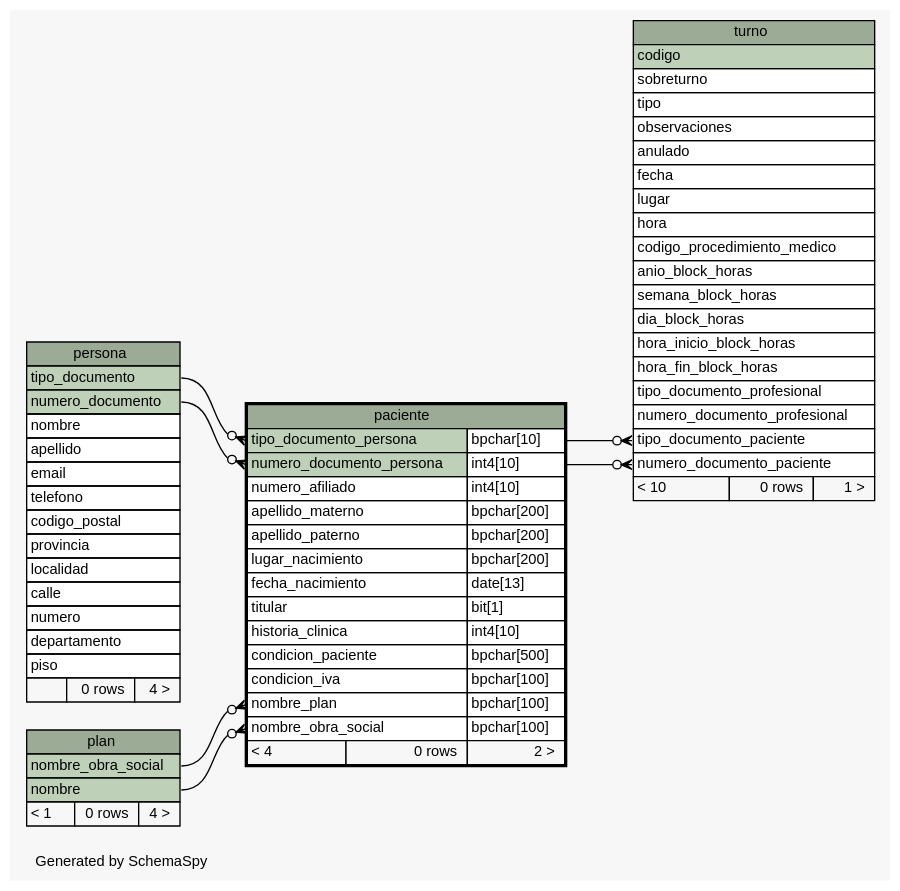
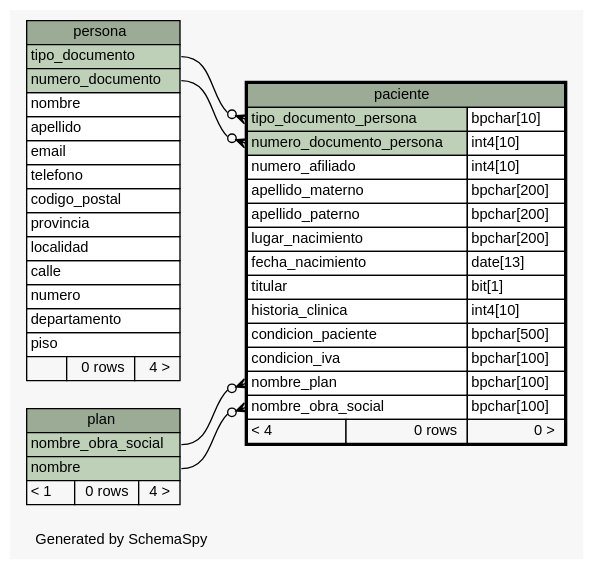
One commit to smpiano/bd-1cuat-2014-agenda-med changed the diagram in tp1/build/schema/diagrams/paciente.1degree.dot. Above: the diagram before and after it, drawn with Graphviz. The commit also changed 138 other files, not shown here.

```diff
--- a/tp1/build/schema/diagrams/paciente.1degree.dot
+++ b/tp1/build/schema/diagrams/paciente.1degree.dot
@@ -1,110 +1,81 @@
 // dot 2.26.3 on Linux 3.8.0-35-generic
 // SchemaSpy rev 590
 digraph "oneDegreeRelationshipsDiagram" {
   graph [
     rankdir="RL"
     bgcolor="#f7f7f7"
     label="\nGenerated by SchemaSpy"
     labeljust="l"
     nodesep="0.18"
     ranksep="0.46"
     fontname="Helvetica"
     fontsize="11"
   ];
   node [
     fontname="Helvetica"
     fontsize="11"
     shape="plaintext"
   ];
   edge [
     arrowsize="0.8"
   ];
   "paciente":"nombre_obra_social":w -> "plan":"nombre":e [arrowhead=none dir=back arrowtail=crowodot];
   "paciente":"nombre_plan":w -> "plan":"nombre_obra_social":e [arrowhead=none dir=back arrowtail=crowodot];
   "paciente":"numero_documento_persona":w -> "persona":"numero_documento":e [arrowhead=none dir=back arrowtail=crowodot];
   "paciente":"tipo_documento_persona":w -> "persona":"tipo_documento":e [arrowhead=none dir=back arrowtail=crowodot];
-  "turno":"numero_documento_paciente":w -> "paciente":"numero_documento_persona.type":e [arrowhead=none dir=back arrowtail=crowodot];
-  "turno":"tipo_documento_paciente":w -> "paciente":"tipo_documento_persona.type":e [arrowhead=none dir=back arrowtail=crowodot];
   "paciente" [
     label=<
     <TABLE BORDER="2" CELLBORDER="1" CELLSPACING="0" BGCOLOR="#ffffff">
       <TR><TD COLSPAN="3" BGCOLOR="#9bab96" ALIGN="CENTER">paciente</TD></TR>
       <TR><TD PORT="tipo_documento_persona" COLSPAN="2" BGCOLOR="#bed1b8" ALIGN="LEFT">tipo_documento_persona</TD><TD PORT="tipo_documento_persona.type" ALIGN="LEFT">bpchar[10]</TD></TR>
       <TR><TD PORT="numero_documento_persona" COLSPAN="2" BGCOLOR="#bed1b8" ALIGN="LEFT">numero_documento_persona</TD><TD PORT="numero_documento_persona.type" ALIGN="LEFT">int4[10]</TD></TR>
       <TR><TD PORT="numero_afiliado" COLSPAN="2" ALIGN="LEFT">numero_afiliado</TD><TD PORT="numero_afiliado.type" ALIGN="LEFT">int4[10]</TD></TR>
       <TR><TD PORT="apellido_materno" COLSPAN="2" ALIGN="LEFT">apellido_materno</TD><TD PORT="apellido_materno.type" ALIGN="LEFT">bpchar[200]</TD></TR>
       <TR><TD PORT="apellido_paterno" COLSPAN="2" ALIGN="LEFT">apellido_paterno</TD><TD PORT="apellido_paterno.type" ALIGN="LEFT">bpchar[200]</TD></TR>
       <TR><TD PORT="lugar_nacimiento" COLSPAN="2" ALIGN="LEFT">lugar_nacimiento</TD><TD PORT="lugar_nacimiento.type" ALIGN="LEFT">bpchar[200]</TD></TR>
       <TR><TD PORT="fecha_nacimiento" COLSPAN="2" ALIGN="LEFT">fecha_nacimiento</TD><TD PORT="fecha_nacimiento.type" ALIGN="LEFT">date[13]</TD></TR>
       <TR><TD PORT="titular" COLSPAN="2" ALIGN="LEFT">titular</TD><TD PORT="titular.type" ALIGN="LEFT">bit[1]</TD></TR>
       <TR><TD PORT="historia_clinica" COLSPAN="2" ALIGN="LEFT">historia_clinica</TD><TD PORT="historia_clinica.type" ALIGN="LEFT">int4[10]</TD></TR>
       <TR><TD PORT="condicion_paciente" COLSPAN="2" ALIGN="LEFT">condicion_paciente</TD><TD PORT="condicion_paciente.type" ALIGN="LEFT">bpchar[500]</TD></TR>
       <TR><TD PORT="condicion_iva" COLSPAN="2" ALIGN="LEFT">condicion_iva</TD><TD PORT="condicion_iva.type" ALIGN="LEFT">bpchar[100]</TD></TR>
       <TR><TD PORT="nombre_plan" COLSPAN="2" ALIGN="LEFT">nombre_plan</TD><TD PORT="nombre_plan.type" ALIGN="LEFT">bpchar[100]</TD></TR>
       <TR><TD PORT="nombre_obra_social" COLSPAN="2" ALIGN="LEFT">nombre_obra_social</TD><TD PORT="nombre_obra_social.type" ALIGN="LEFT">bpchar[100]</TD></TR>
-      <TR><TD ALIGN="LEFT" BGCOLOR="#f7f7f7">&lt; 4</TD><TD ALIGN="RIGHT" BGCOLOR="#f7f7f7">0 rows</TD><TD ALIGN="RIGHT" BGCOLOR="#f7f7f7">2 &gt;</TD></TR>
+      <TR><TD ALIGN="LEFT" BGCOLOR="#f7f7f7">&lt; 4</TD><TD ALIGN="RIGHT" BGCOLOR="#f7f7f7">0 rows</TD><TD ALIGN="RIGHT" BGCOLOR="#f7f7f7">0 &gt;</TD></TR>
     </TABLE>>
     URL="paciente.html"
     tooltip="paciente"
   ];
   "persona" [
     label=<
     <TABLE BORDER="0" CELLBORDER="1" CELLSPACING="0" BGCOLOR="#ffffff">
       <TR><TD COLSPAN="3" BGCOLOR="#9bab96" ALIGN="CENTER">persona</TD></TR>
       <TR><TD PORT="tipo_documento" COLSPAN="3" BGCOLOR="#bed1b8" ALIGN="LEFT">tipo_documento</TD></TR>
       <TR><TD PORT="numero_documento" COLSPAN="3" BGCOLOR="#bed1b8" ALIGN="LEFT">numero_documento</TD></TR>
       <TR><TD PORT="nombre" COLSPAN="3" ALIGN="LEFT">nombre</TD></TR>
       <TR><TD PORT="apellido" COLSPAN="3" ALIGN="LEFT">apellido</TD></TR>
       <TR><TD PORT="email" COLSPAN="3" ALIGN="LEFT">email</TD></TR>
       <TR><TD PORT="telefono" COLSPAN="3" ALIGN="LEFT">telefono</TD></TR>
       <TR><TD PORT="codigo_postal" COLSPAN="3" ALIGN="LEFT">codigo_postal</TD></TR>
       <TR><TD PORT="provincia" COLSPAN="3" ALIGN="LEFT">provincia</TD></TR>
       <TR><TD PORT="localidad" COLSPAN="3" ALIGN="LEFT">localidad</TD></TR>
       <TR><TD PORT="calle" COLSPAN="3" ALIGN="LEFT">calle</TD></TR>
       <TR><TD PORT="numero" COLSPAN="3" ALIGN="LEFT">numero</TD></TR>
       <TR><TD PORT="departamento" COLSPAN="3" ALIGN="LEFT">departamento</TD></TR>
       <TR><TD PORT="piso" COLSPAN="3" ALIGN="LEFT">piso</TD></TR>
       <TR><TD ALIGN="LEFT" BGCOLOR="#f7f7f7">  </TD><TD ALIGN="RIGHT" BGCOLOR="#f7f7f7">0 rows</TD><TD ALIGN="RIGHT" BGCOLOR="#f7f7f7">4 &gt;</TD></TR>
     </TABLE>>
     URL="persona.html"
     tooltip="persona"
   ];
   "plan" [
     label=<
     <TABLE BORDER="0" CELLBORDER="1" CELLSPACING="0" BGCOLOR="#ffffff">
       <TR><TD COLSPAN="3" BGCOLOR="#9bab96" ALIGN="CENTER">plan</TD></TR>
       <TR><TD PORT="nombre_obra_social" COLSPAN="3" BGCOLOR="#bed1b8" ALIGN="LEFT">nombre_obra_social</TD></TR>
       <TR><TD PORT="nombre" COLSPAN="3" BGCOLOR="#bed1b8" ALIGN="LEFT">nombre</TD></TR>
       <TR><TD ALIGN="LEFT" BGCOLOR="#f7f7f7">&lt; 1</TD><TD ALIGN="RIGHT" BGCOLOR="#f7f7f7">0 rows</TD><TD ALIGN="RIGHT" BGCOLOR="#f7f7f7">4 &gt;</TD></TR>
     </TABLE>>
     URL="plan.html"
     tooltip="plan"
   ];
-  "turno" [
-    label=<
-    <TABLE BORDER="0" CELLBORDER="1" CELLSPACING="0" BGCOLOR="#ffffff">
-      <TR><TD COLSPAN="3" BGCOLOR="#9bab96" ALIGN="CENTER">turno</TD></TR>
-      <TR><TD PORT="codigo" COLSPAN="3" BGCOLOR="#bed1b8" ALIGN="LEFT">codigo</TD></TR>
-      <TR><TD PORT="sobreturno" COLSPAN="3" ALIGN="LEFT">sobreturno</TD></TR>
-      <TR><TD PORT="tipo" COLSPAN="3" ALIGN="LEFT">tipo</TD></TR>
-      <TR><TD PORT="observaciones" COLSPAN="3" ALIGN="LEFT">observaciones</TD></TR>
-      <TR><TD PORT="anulado" COLSPAN="3" ALIGN="LEFT">anulado</TD></TR>
-      <TR><TD PORT="fecha" COLSPAN="3" ALIGN="LEFT">fecha</TD></TR>
-      <TR><TD PORT="lugar" COLSPAN="3" ALIGN="LEFT">lugar</TD></TR>
-      <TR><TD PORT="hora" COLSPAN="3" ALIGN="LEFT">hora</TD></TR>
-      <TR><TD PORT="codigo_procedimiento_medico" COLSPAN="3" ALIGN="LEFT">codigo_procedimiento_medico</TD></TR>
-      <TR><TD PORT="anio_block_horas" COLSPAN="3" ALIGN="LEFT">anio_block_horas</TD></TR>
-      <TR><TD PORT="semana_block_horas" COLSPAN="3" ALIGN="LEFT">semana_block_horas</TD></TR>
-      <TR><TD PORT="dia_block_horas" COLSPAN="3" ALIGN="LEFT">dia_block_horas</TD></TR>
-      <TR><TD PORT="hora_inicio_block_horas" COLSPAN="3" ALIGN="LEFT">hora_inicio_block_horas</TD></TR>
-      <TR><TD PORT="hora_fin_block_horas" COLSPAN="3" ALIGN="LEFT">hora_fin_block_horas</TD></TR>
-      <TR><TD PORT="tipo_documento_profesional" COLSPAN="3" ALIGN="LEFT">tipo_documento_profesional</TD></TR>
-      <TR><TD PORT="numero_documento_profesional" COLSPAN="3" ALIGN="LEFT">numero_documento_profesional</TD></TR>
-      <TR><TD PORT="tipo_documento_paciente" COLSPAN="3" ALIGN="LEFT">tipo_documento_paciente</TD></TR>
-      <TR><TD PORT="numero_documento_paciente" COLSPAN="3" ALIGN="LEFT">numero_documento_paciente</TD></TR>
-      <TR><TD ALIGN="LEFT" BGCOLOR="#f7f7f7">&lt; 10</TD><TD ALIGN="RIGHT" BGCOLOR="#f7f7f7">0 rows</TD><TD ALIGN="RIGHT" BGCOLOR="#f7f7f7">1 &gt;</TD></TR>
-    </TABLE>>
-    URL="turno.html"
-    tooltip="turno"
-  ];
 }
```
